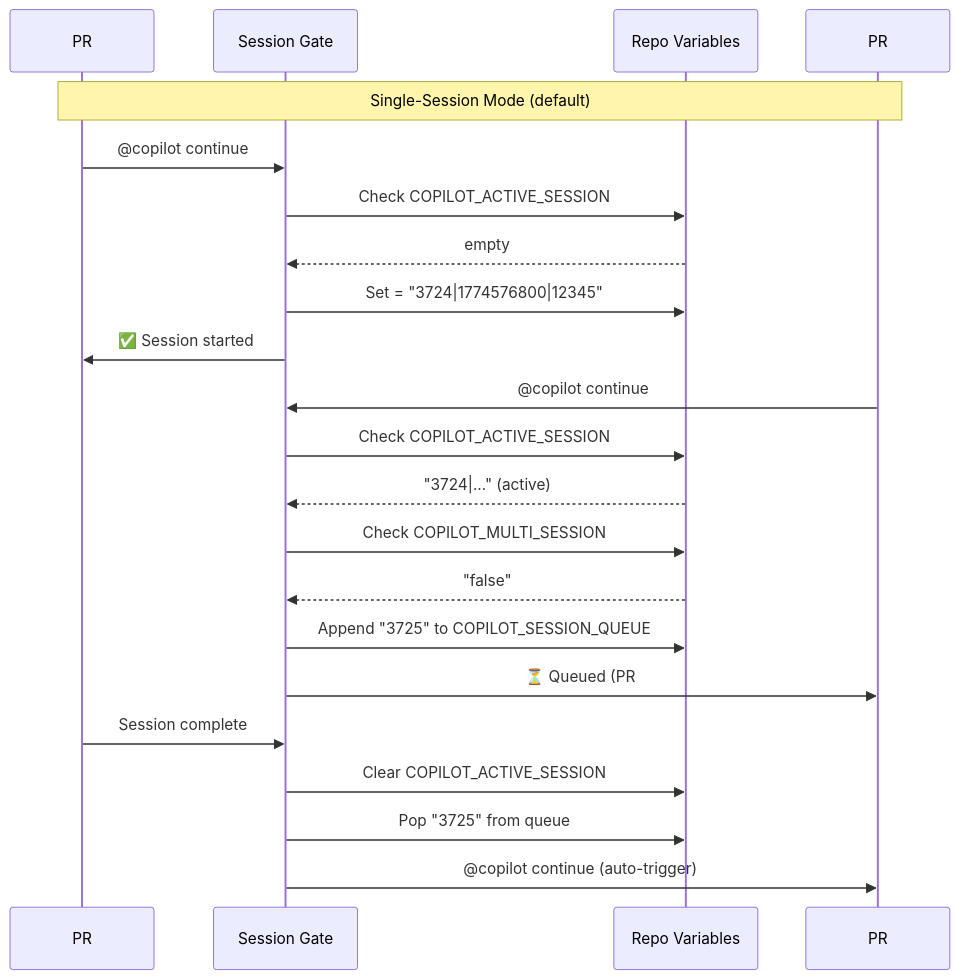
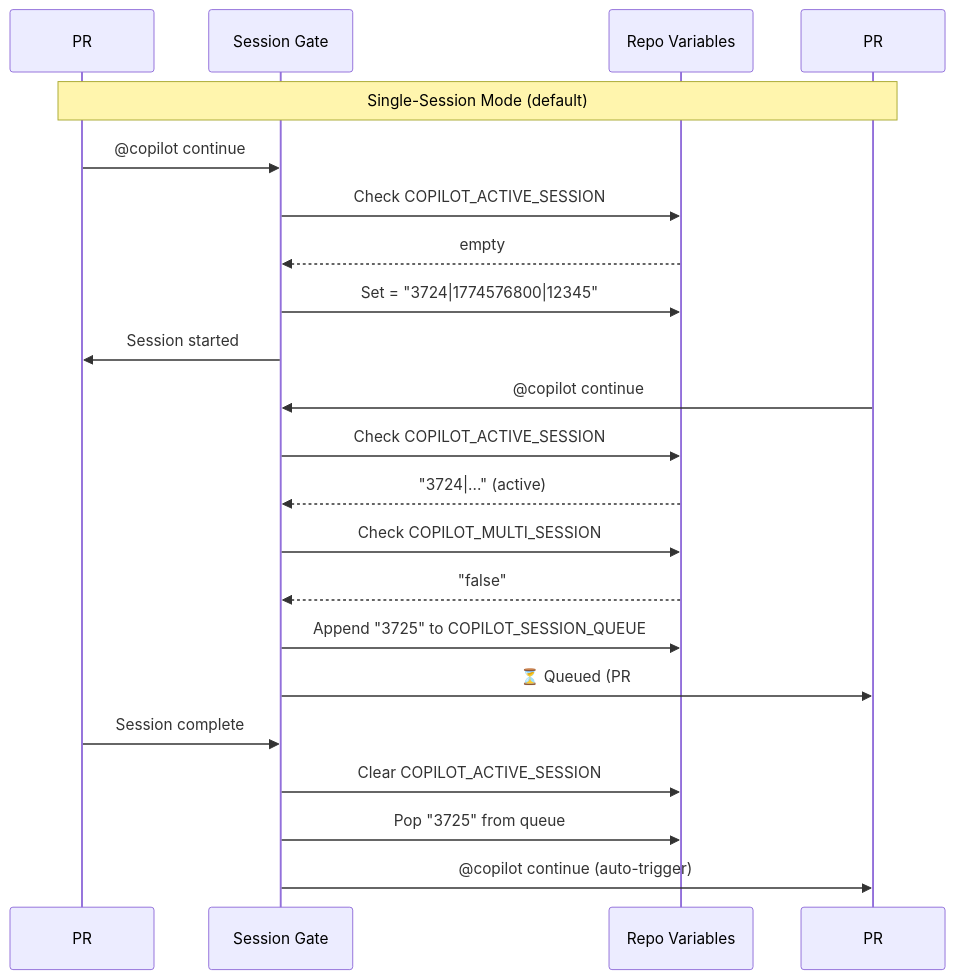
The seventh of 23 diagrams in docs/plans/AUTONOMOUS_SELF_HEALING_PROPOSAL_S182.md (Aries-Serpent/_codex_), drawn with Mermaid before and after one commit. The commit also changed other lines of this file and 2029 other files, not shown here.

````diff
--- a/docs/plans/AUTONOMOUS_SELF_HEALING_PROPOSAL_S182.md
+++ b/docs/plans/AUTONOMOUS_SELF_HEALING_PROPOSAL_S182.md
@@ -284,30 +286,30 @@
 ```mermaid
 %%{init: {'accessibility': {'title': 'Sequence Diagram: >>Gate: empty
     Gate'}}%%
 sequenceDiagram
     participant PR1 as PR #3724
     participant Gate as Session Gate
     participant Var as Repo Variables
     participant PR2 as PR #3725
 
     Note over PR1,PR2: Single-Session Mode (default)
 
     PR1->>Gate: @copilot continue
     Gate->>Var: Check COPILOT_ACTIVE_SESSION
     Var-->>Gate: empty
     Gate->>Var: Set = "3724|1774576800|12345"
-    Gate->>PR1: ✅ Session started
+    Gate->>PR1:  Session started
 
     PR2->>Gate: @copilot continue
     Gate->>Var: Check COPILOT_ACTIVE_SESSION
     Var-->>Gate: "3724|..." (active)
     Gate->>Var: Check COPILOT_MULTI_SESSION
     Var-->>Gate: "false"
     Gate->>Var: Append "3725" to COPILOT_SESSION_QUEUE
     Gate->>PR2: ⏳ Queued (PR #3724 active)
 
     PR1->>Gate: Session complete
     Gate->>Var: Clear COPILOT_ACTIVE_SESSION
     Gate->>Var: Pop "3725" from queue
     Gate->>PR2: @copilot continue (auto-trigger)
 ```
````
